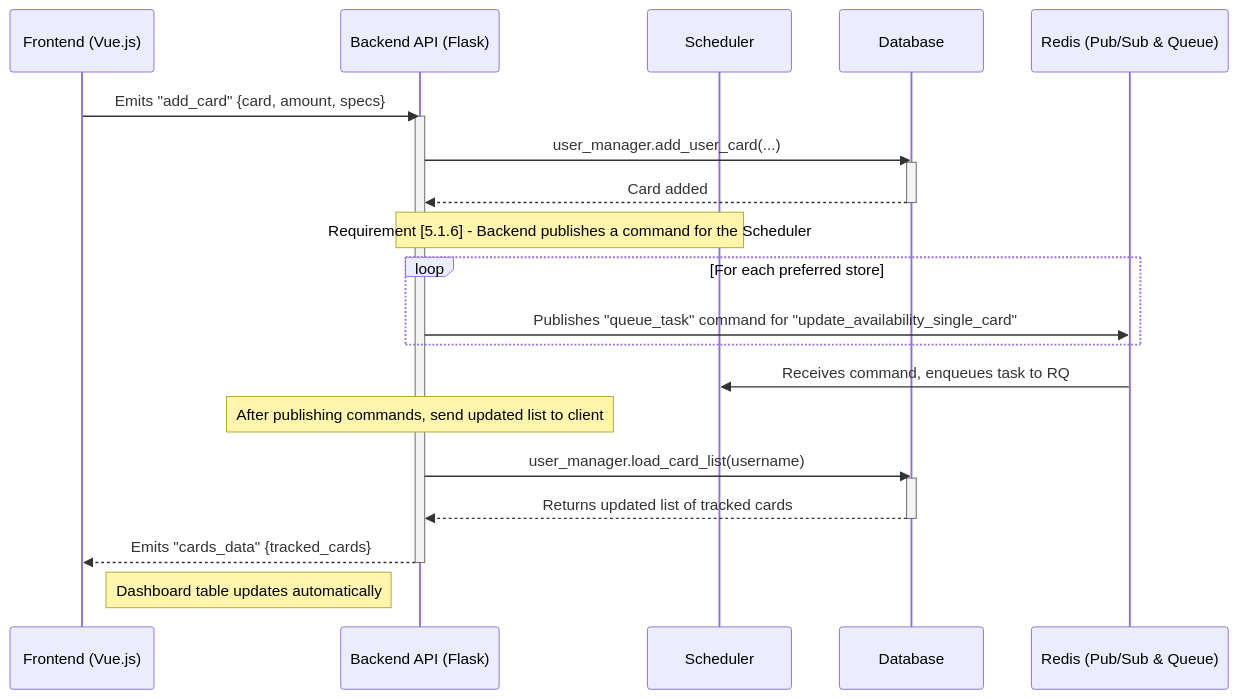
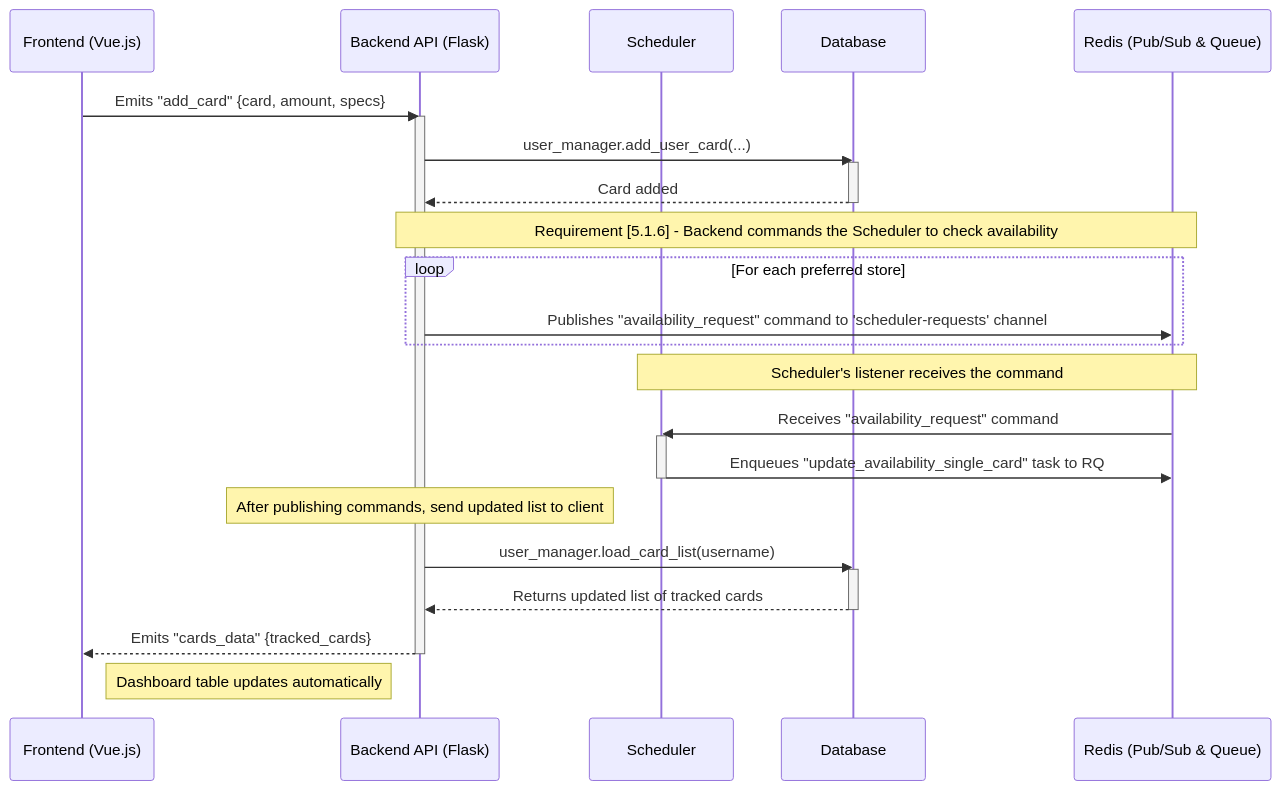
One commit to smileyface/LGS-Stock-Checker changed the third of 10 diagrams in docs/docs.md. Above: the diagram before and after it, drawn with Mermaid. The commit also changed other lines of this file and 10 other files, not shown here.

Commit message:
The backend architecture was refactored to replace direct task queuing with a command pattern using Redis Pub/Sub, where components publish commands to a central scheduler which then enqueues tasks, improving modularity and centralizing task management.

````diff
--- a/docs/docs.md
+++ b/docs/docs.md
@@ -107,31 +107,35 @@
 ```mermaid
 sequenceDiagram
     participant Client as Frontend (Vue.js)
     participant Backend as Backend API (Flask)
     participant Scheduler
     participant DB as Database
     participant Redis as Redis (Pub/Sub & Queue)
 
     Client->>Backend: Emits "add_card" {card, amount, specs}
     activate Backend
     Backend->>DB: user_manager.add_user_card(...)
     activate DB
     DB-->>Backend: Card added
     deactivate DB
 
-    note over Backend, Scheduler: Requirement [5.1.6] - Backend publishes a command for the Scheduler
+    note over Backend, Redis: Requirement [5.1.6] - Backend commands the Scheduler to check availability
     loop For each preferred store
-        Backend->>Redis: Publishes "queue_task" command for "update_availability_single_card"
+        Backend->>Redis: Publishes "availability_request" command to 'scheduler-requests' channel
     end
-    Redis->>Scheduler: Receives command, enqueues task to RQ
 
+    note over Redis, Scheduler: Scheduler's listener receives the command
+    Redis->>Scheduler: Receives "availability_request" command
+    activate Scheduler
+    Scheduler->>Redis: Enqueues "update_availability_single_card" task to RQ
+    deactivate Scheduler
     note over Backend: After publishing commands, send updated list to client
     Backend->>DB: user_manager.load_card_list(username)
     activate DB
     DB-->>Backend: Returns updated list of tracked cards
     deactivate DB
 
     Backend-->>Client: Emits "cards_data" {tracked_cards}
     deactivate Backend
     Note right of Client: Dashboard table updates automatically
 ```
````
